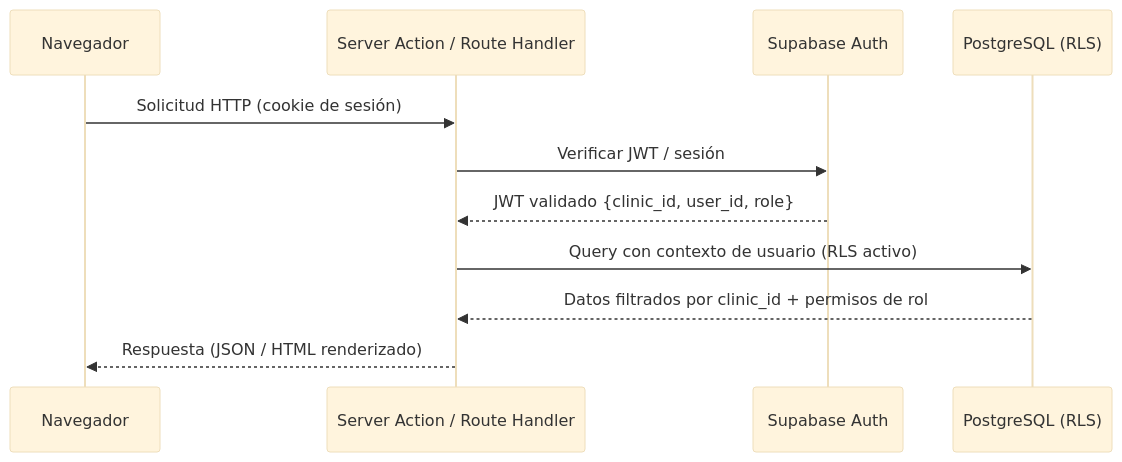
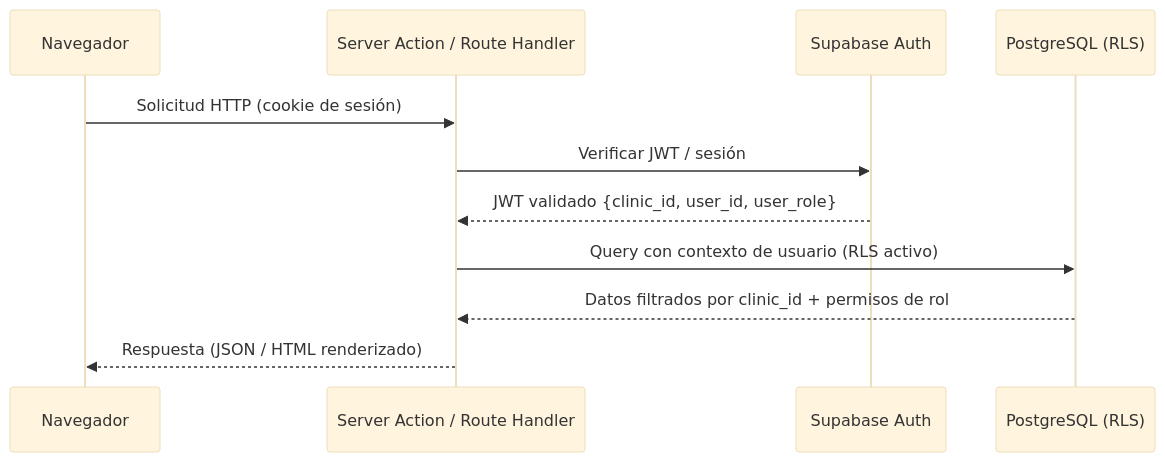
One commit to JaredBautist/Dental-Clinic-SaaS changed the second of 8 diagrams in .kiro/specs/dental-clinic-saas/design.md. Above: the diagram before and after it, drawn with Mermaid (base theme). The commit also changed other lines of this file and 40 other files, not shown here.

````diff
--- a/.kiro/specs/dental-clinic-saas/design.md
+++ b/.kiro/specs/dental-clinic-saas/design.md
@@ -53,14 +53,14 @@
 ```mermaid
 sequenceDiagram
     participant Browser as Navegador
     participant SA as Server Action / Route Handler
     participant Auth as Supabase Auth
     participant DB as PostgreSQL (RLS)
 
     Browser->>SA: Solicitud HTTP (cookie de sesión)
     SA->>Auth: Verificar JWT / sesión
-    Auth-->>SA: JWT validado {clinic_id, user_id, role}
+    Auth-->>SA: JWT validado {clinic_id, user_id, user_role}
     SA->>DB: Query con contexto de usuario (RLS activo)
     DB-->>SA: Datos filtrados por clinic_id + permisos de rol
     SA-->>Browser: Respuesta (JSON / HTML renderizado)
 ```
````
